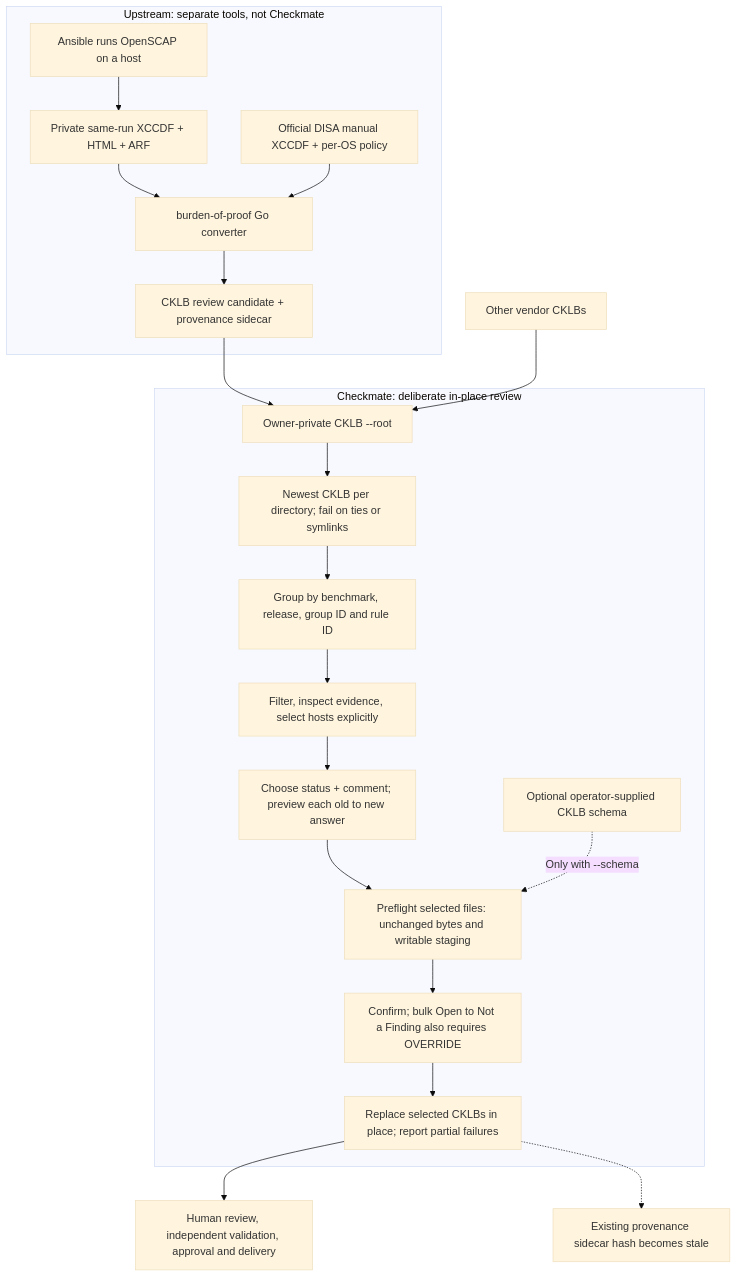
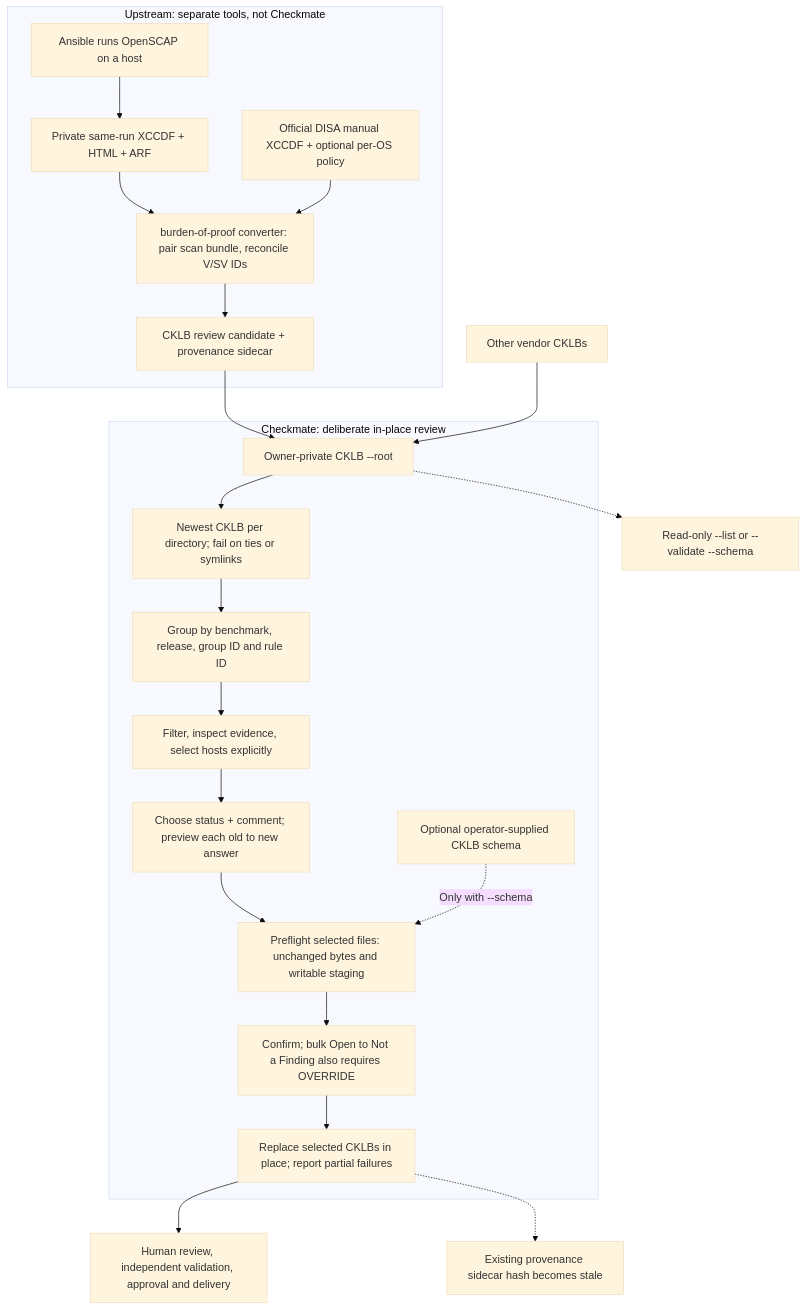
The diagram in README.md (zcook44/checkmate), drawn with Mermaid (base theme) before and after one commit. The commit also changed other lines of this file and 1 other file, not shown here.

Commit message:
docs: clarify CKLB review and offline deployment flow

````diff
--- a/README.md
+++ b/README.md
@@ -9,23 +9,24 @@
 ```mermaid
 flowchart TD
     subgraph upstream["Upstream: separate tools, not Checkmate"]
         scan["Ansible runs OpenSCAP on a host"] --> evidence["Private same-run XCCDF + HTML + ARF"]
-        evidence --> converter["burden-of-proof Go converter"]
-        benchmark["Official DISA manual XCCDF + per-OS policy"] --> converter
+        evidence --> converter["burden-of-proof converter: pair scan bundle, reconcile V/SV IDs"]
+        benchmark["Official DISA manual XCCDF + optional per-OS policy"] --> converter
         converter --> generated["CKLB review candidate + provenance sidecar"]
     end
     generated --> root["Owner-private CKLB --root"]
     external["Other vendor CKLBs"] --> root
+    root -.-> inventory["Read-only --list or --validate --schema"]
     subgraph editor["Checkmate: deliberate in-place review"]
         root --> discover["Newest CKLB per directory; fail on ties or symlinks"]
         discover --> group["Group by benchmark, release, group ID and rule ID"]
         group --> choose["Filter, inspect evidence, select hosts explicitly"]
         choose --> preview["Choose status + comment; preview each old to new answer"]
         preview --> guard["Preflight selected files: unchanged bytes and writable staging"]
         schema["Optional operator-supplied CKLB schema"] -.->|Only with --schema| guard
         guard --> confirm["Confirm; bulk Open to Not a Finding also requires OVERRIDE"]
         confirm --> edit["Replace selected CKLBs in place; report partial failures"]
     end
     edit --> human["Human review, independent validation, approval and delivery"]
     edit -.-> stale["Existing provenance sidecar hash becomes stale"]
 ```
````
